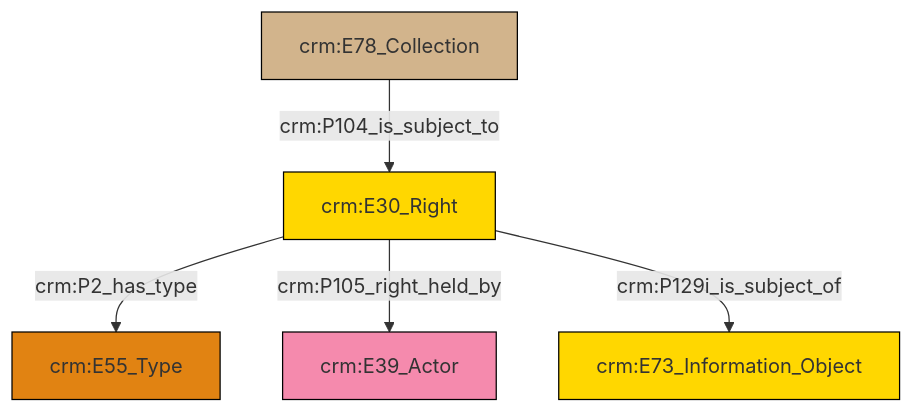
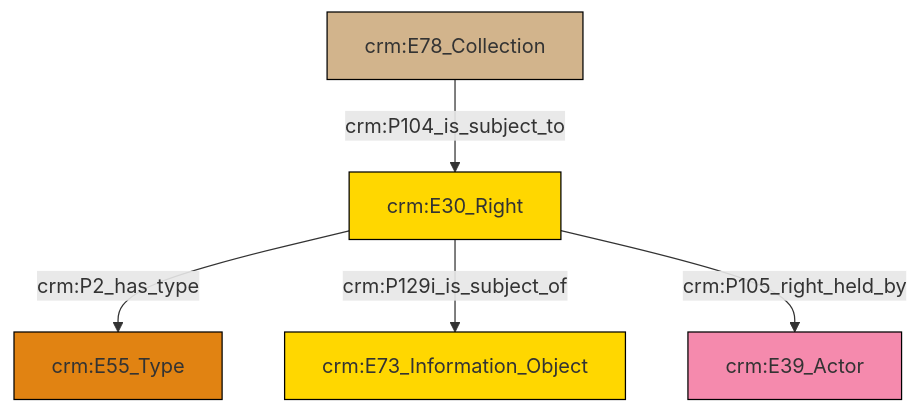
Before and after one commit to swiss-art-research-net/docs.swissartresearch: the diagram in et/archivalCSV/ttl/mmd/archival_rights.ttl.mmd, drawn with Mermaid. The commit also changed 180 other files, not shown here.

```diff
--- a/et/archivalCSV/ttl/mmd/archival_rights.ttl.mmd
+++ b/et/archivalCSV/ttl/mmd/archival_rights.ttl.mmd
@@ -1,19 +1,19 @@
 graph TD
 classDef Literal fill:#f2f2f2,stroke:#000000;
 classDef CRM_Entity fill:#FFFFFF,stroke:#000000;
 classDef Temporal_Entity fill:#00C9E6, stroke:#000000;
 classDef Type fill:#E18312, stroke:#000000;
 classDef Time-Span fill:#2C9C91, stroke:#000000;
 classDef Appellation fill:#FFEB7F, stroke:#000000;
 classDef Place fill:#008836, stroke:#000000;
 classDef Persistent_Item fill:#B266B2, stroke:#000000;
 classDef Conceptual_Object fill:#FFD700, stroke:#000000;
 classDef Physical_Thing fill:#D2B48C, stroke:#000000;
 classDef Actor fill:#f58aad, stroke:#000000;
 classDef PC_Classes fill:#4ce600, stroke:#000000;
 classDef Multi fill:#cccccc,stroke:#000000;
 
-2["crm:E30_Right"]:::Conceptual_Object -->|crm:P2_has_type| 3["crm:E55_Type"]:::Type
-2["crm:E30_Right"]:::Conceptual_Object -->|crm:P105_right_held_by| 0["crm:E39_Actor"]:::Actor
-5["crm:E78_Collection"]:::Physical_Thing -->|crm:P104_is_subject_to| 2["crm:E30_Right"]:::Conceptual_Object
-2["crm:E30_Right"]:::Conceptual_Object -->|crm:P129i_is_subject_of| 7["crm:E73_Information_Object"]:::Conceptual_Object
+0["crm:E30_Right"]:::Conceptual_Object -->|crm:P2_has_type| 1["crm:E55_Type"]:::Type
+0["crm:E30_Right"]:::Conceptual_Object -->|crm:P129i_is_subject_of| 2["crm:E73_Information_Object"]:::Conceptual_Object
+0["crm:E30_Right"]:::Conceptual_Object -->|crm:P105_right_held_by| 4["crm:E39_Actor"]:::Actor
+6["crm:E78_Collection"]:::Physical_Thing -->|crm:P104_is_subject_to| 0["crm:E30_Right"]:::Conceptual_Object
```
